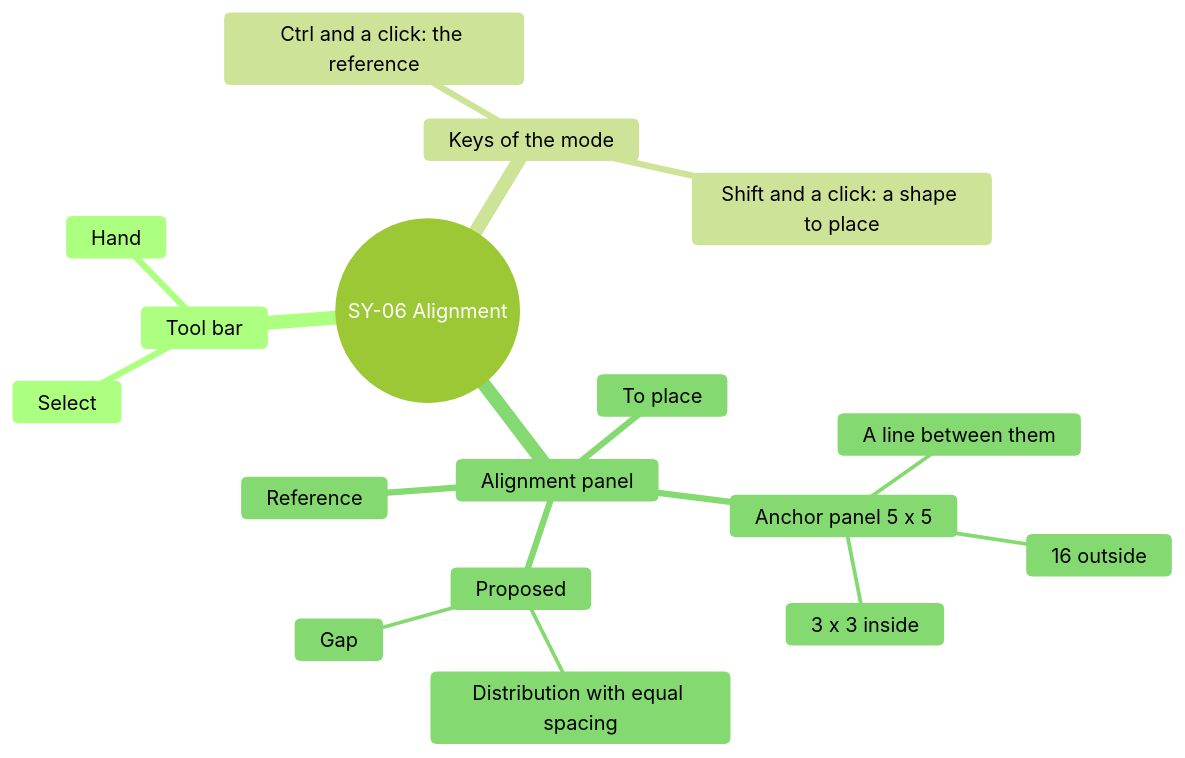
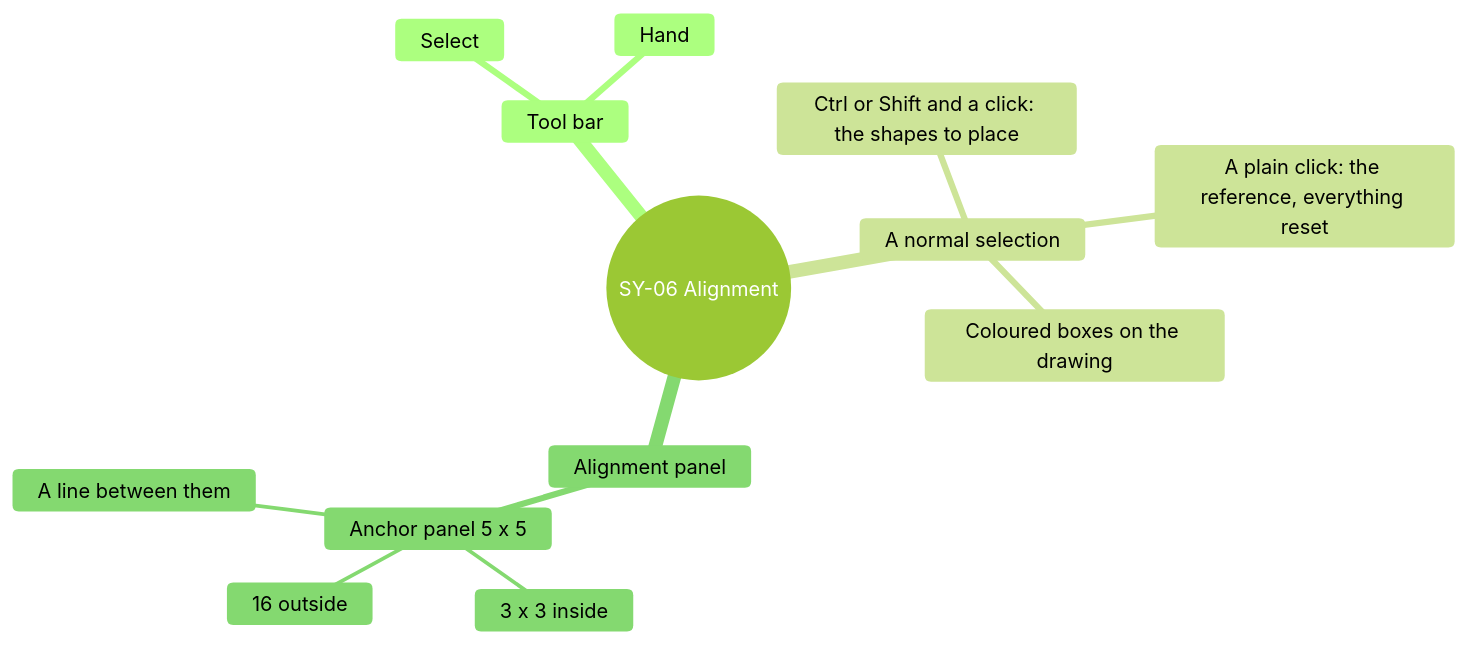
One commit to AlexandreGallais/synoptic-studio-spec changed the eighth of 16 diagrams in screens/symbols.md. Above: the diagram before and after it, drawn with Mermaid (forest theme). The commit also changed other lines of this file and 8 other files, not shown here.

First line of the commit message:
docs(symbols): choose shapes in the layers for points, normal selection for alignment

````diff
--- a/screens/symbols.md
+++ b/screens/symbols.md
@@ -370,20 +374,16 @@
 ```mermaid
 mindmap
   root((SY-06 Alignment))
     Tool bar
       Select
       Hand
-    Keys of the mode
-      Ctrl and a click: the reference
-      Shift and a click: a shape to place
+    A normal selection
+      A plain click: the reference, everything reset
+      Ctrl or Shift and a click: the shapes to place
+      Coloured boxes on the drawing
     Alignment panel
-      Reference
-      To place
       Anchor panel 5 x 5
         3 x 3 inside
         16 outside
         A line between them
-      Proposed
-        Distribution with equal spacing
-        Gap
 ```
````
